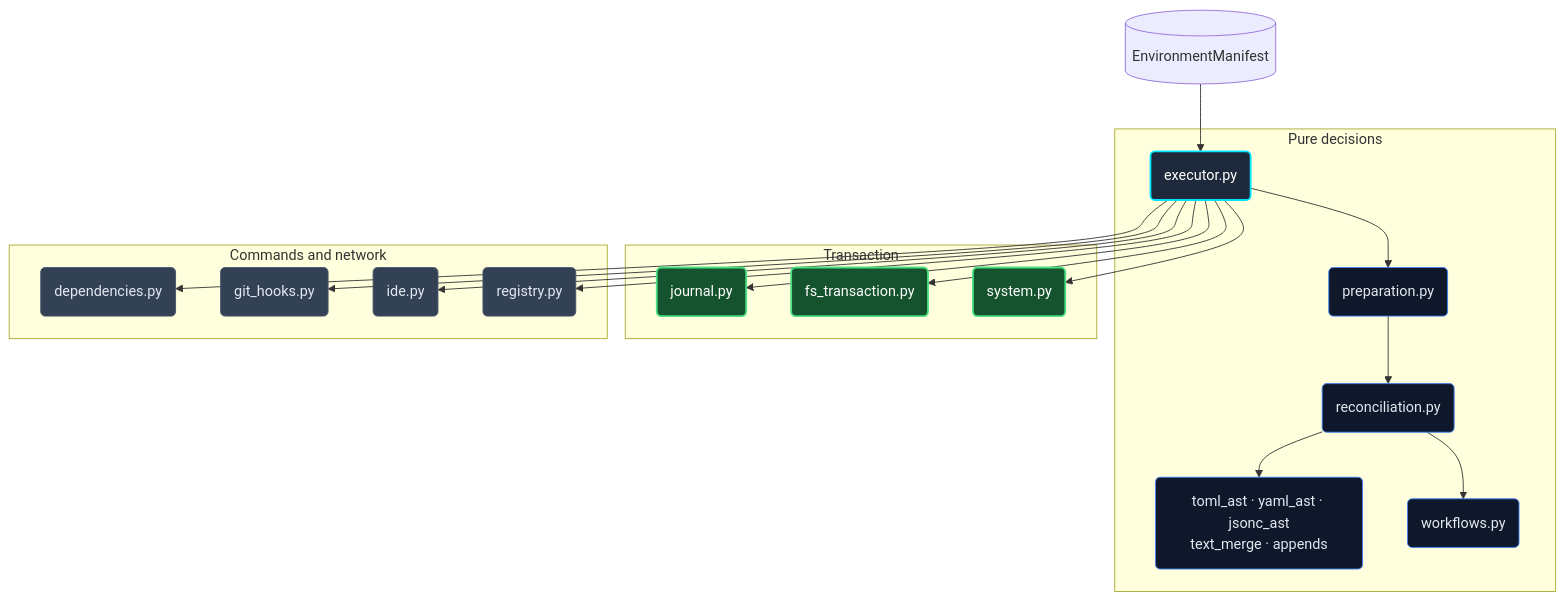
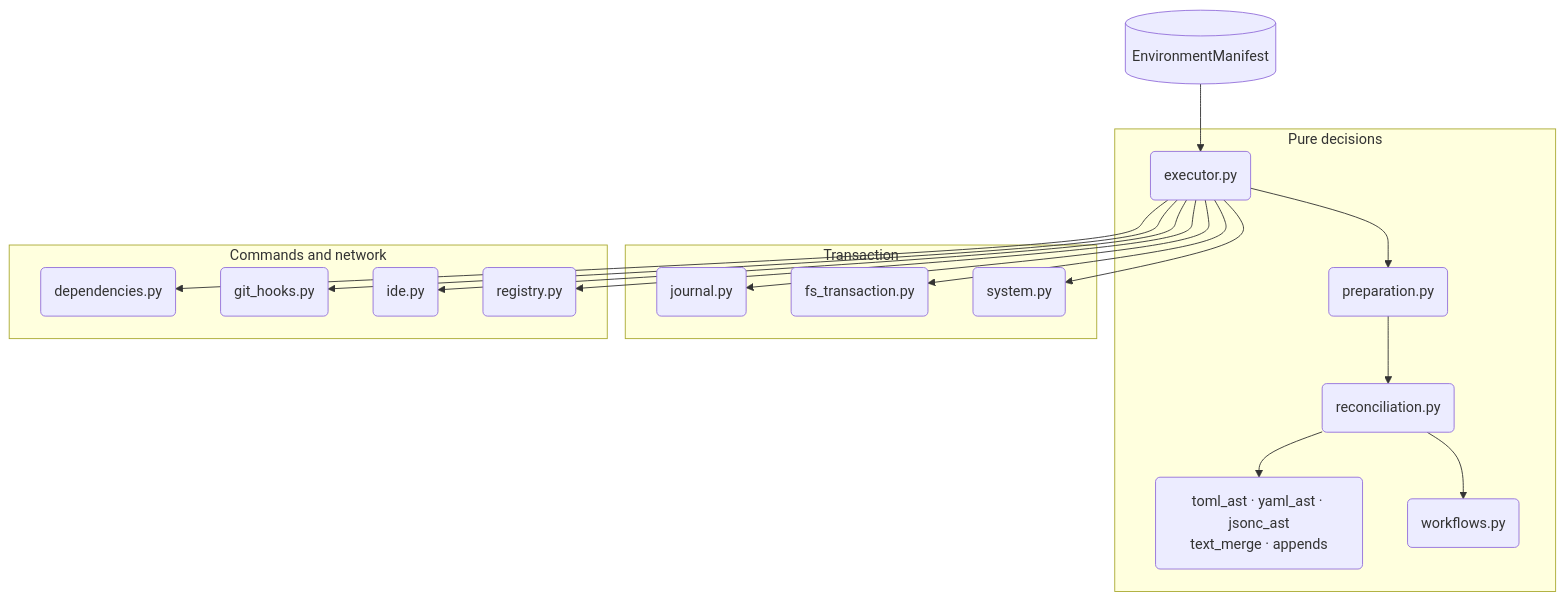
Before and after one commit to JacksonFergusonDev/protostar: the diagram in docs/mechanics/executor.md, drawn with Mermaid. The commit also changed other lines of this file and 36 other files, not shown here.

````diff
--- a/docs/mechanics/executor.md
+++ b/docs/mechanics/executor.md
@@ -13,29 +13,24 @@
 ```mermaid
 flowchart TD
-    classDef coordinator fill:#1e293b,stroke:#00e5ff,stroke-width:2px,color:#fff;
-    classDef pure fill:#0f172a,stroke:#3b82f6,stroke-width:1px,color:#e2e8f0;
-    classDef transaction fill:#14532d,stroke:#4ade80,stroke-width:2px,color:#fff;
-    classDef stateful fill:#334155,stroke:#475569,stroke-width:1px,color:#e2e8f0;
-
-    M[(EnvironmentManifest)] --> E(executor.py):::coordinator
+    M[(EnvironmentManifest)] --> E(executor.py)
 
     subgraph Decisions ["Pure decisions"]
-        E --> PR(preparation.py):::pure
-        PR --> RC(reconciliation.py):::pure
-        RC --> F(toml_ast · yaml_ast · jsonc_ast<br/>text_merge · appends):::pure
-        RC --> G(workflows.py):::pure
+        E --> PR(preparation.py)
+        PR --> RC(reconciliation.py)
+        RC --> F(toml_ast · yaml_ast · jsonc_ast<br/>text_merge · appends)
+        RC --> G(workflows.py)
     end
 
     subgraph Transaction ["Transaction"]
-        E --> J(journal.py):::transaction
-        E --> FS(fs_transaction.py):::transaction
-        E --> P(system.py):::transaction
+        E --> J(journal.py)
+        E --> FS(fs_transaction.py)
+        E --> P(system.py)
     end
 
     subgraph Integrations ["Commands and network"]
-        E --> D(dependencies.py):::stateful
-        E --> H(git_hooks.py):::stateful
-        E --> I(ide.py):::stateful
-        E --> R(registry.py):::stateful
+        E --> D(dependencies.py)
+        E --> H(git_hooks.py)
+        E --> I(ide.py)
+        E --> R(registry.py)
     end
 ```
````
